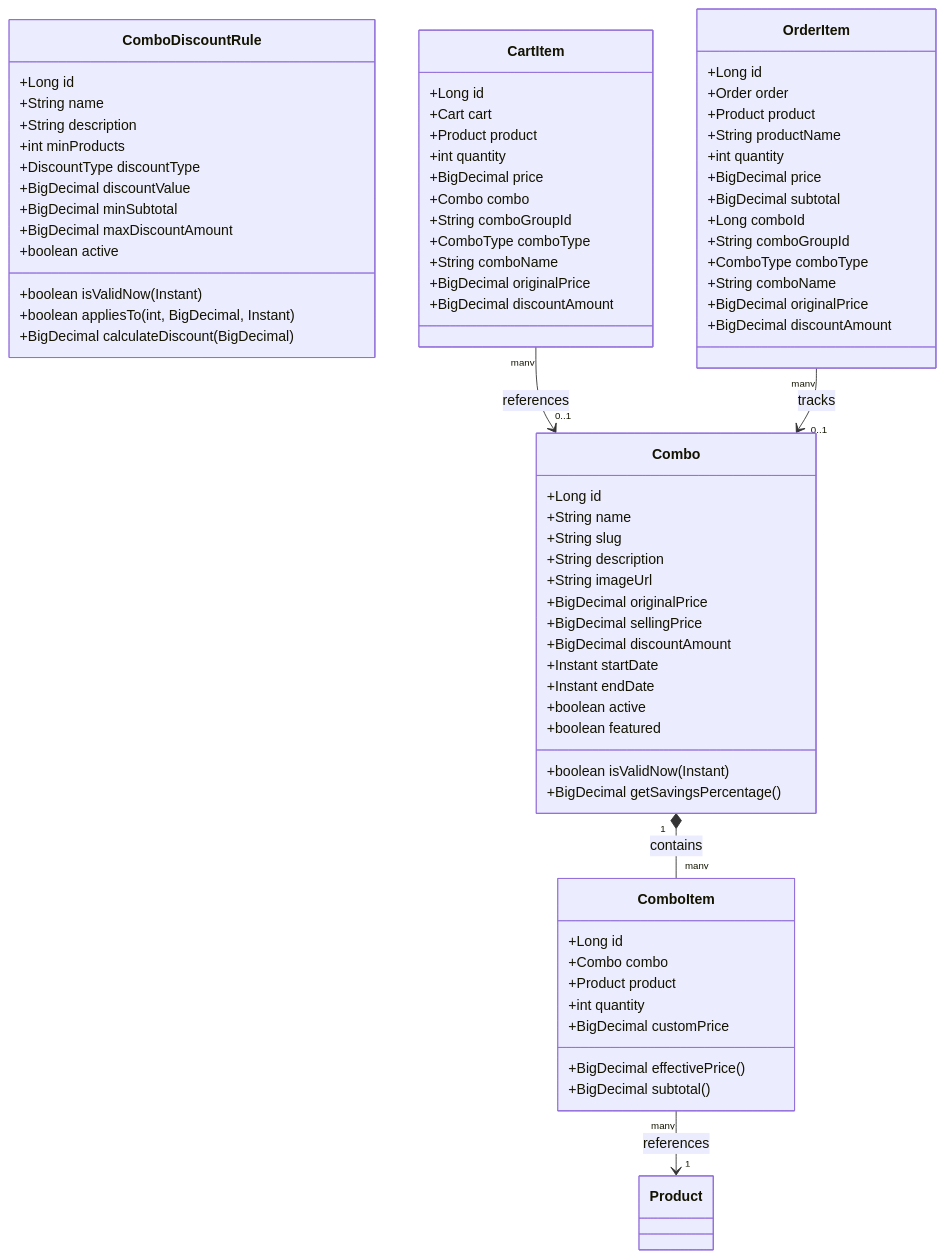
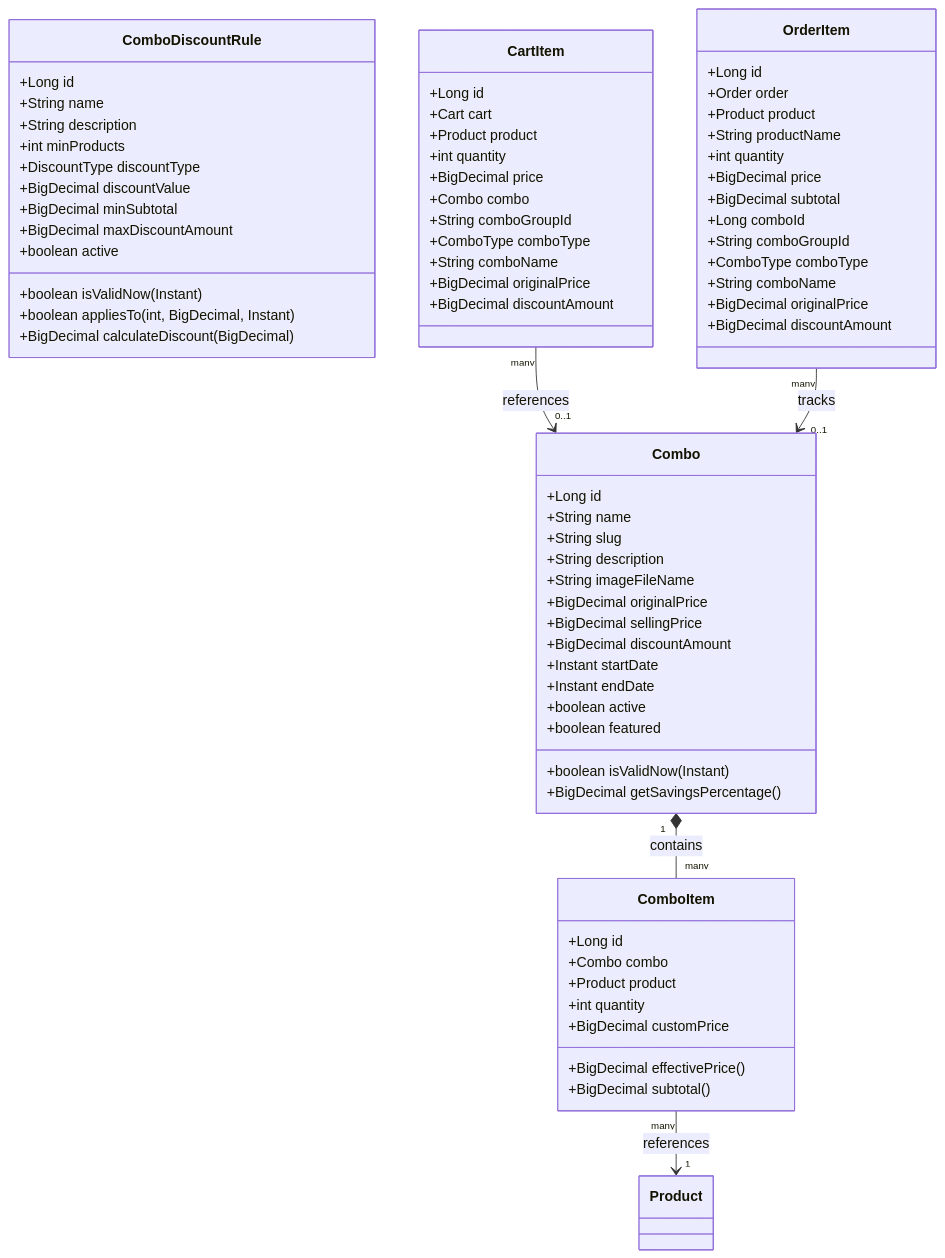
One commit to ahmedmudassir9594-png/MyBeautify-Backend changed the first of 2 diagrams in artifacts/api-server/spring-app/COMBO_OFFERS_README.md. Above: the diagram before and after it, drawn with Mermaid. The commit also changed other lines of this file and 67 other files, not shown here.

````diff
--- a/artifacts/api-server/spring-app/COMBO_OFFERS_README.md
+++ b/artifacts/api-server/spring-app/COMBO_OFFERS_README.md
@@ -22,79 +22,79 @@
 ```mermaid
 classDiagram
     class Combo {
         +Long id
         +String name
         +String slug
         +String description
-        +String imageUrl
+        +String imageFileName
         +BigDecimal originalPrice
         +BigDecimal sellingPrice
         +BigDecimal discountAmount
         +Instant startDate
         +Instant endDate
         +boolean active
         +boolean featured
         +boolean isValidNow(Instant)
         +BigDecimal getSavingsPercentage()
     }
 
     class ComboItem {
         +Long id
         +Combo combo
         +Product product
         +int quantity
         +BigDecimal customPrice
         +BigDecimal effectivePrice()
         +BigDecimal subtotal()
     }
 
     class ComboDiscountRule {
         +Long id
         +String name
         +String description
         +int minProducts
         +DiscountType discountType
         +BigDecimal discountValue
         +BigDecimal minSubtotal
         +BigDecimal maxDiscountAmount
         +boolean active
         +boolean isValidNow(Instant)
         +boolean appliesTo(int, BigDecimal, Instant)
         +BigDecimal calculateDiscount(BigDecimal)
     }
 
     class CartItem {
         +Long id
         +Cart cart
         +Product product
         +int quantity
         +BigDecimal price
         +Combo combo
         +String comboGroupId
         +ComboType comboType
         +String comboName
         +BigDecimal originalPrice
         +BigDecimal discountAmount
     }
 
     class OrderItem {
         +Long id
         +Order order
         +Product product
         +String productName
         +int quantity
         +BigDecimal price
         +BigDecimal subtotal
         +Long comboId
         +String comboGroupId
         +ComboType comboType
         +String comboName
         +BigDecimal originalPrice
         +BigDecimal discountAmount
     }
 
     Combo "1" *-- "many" ComboItem : contains
     ComboItem "many" --> "1" Product : references
     CartItem "many" --> "0..1" Combo : references
     OrderItem "many" --> "0..1" Combo : tracks
 ```
````
